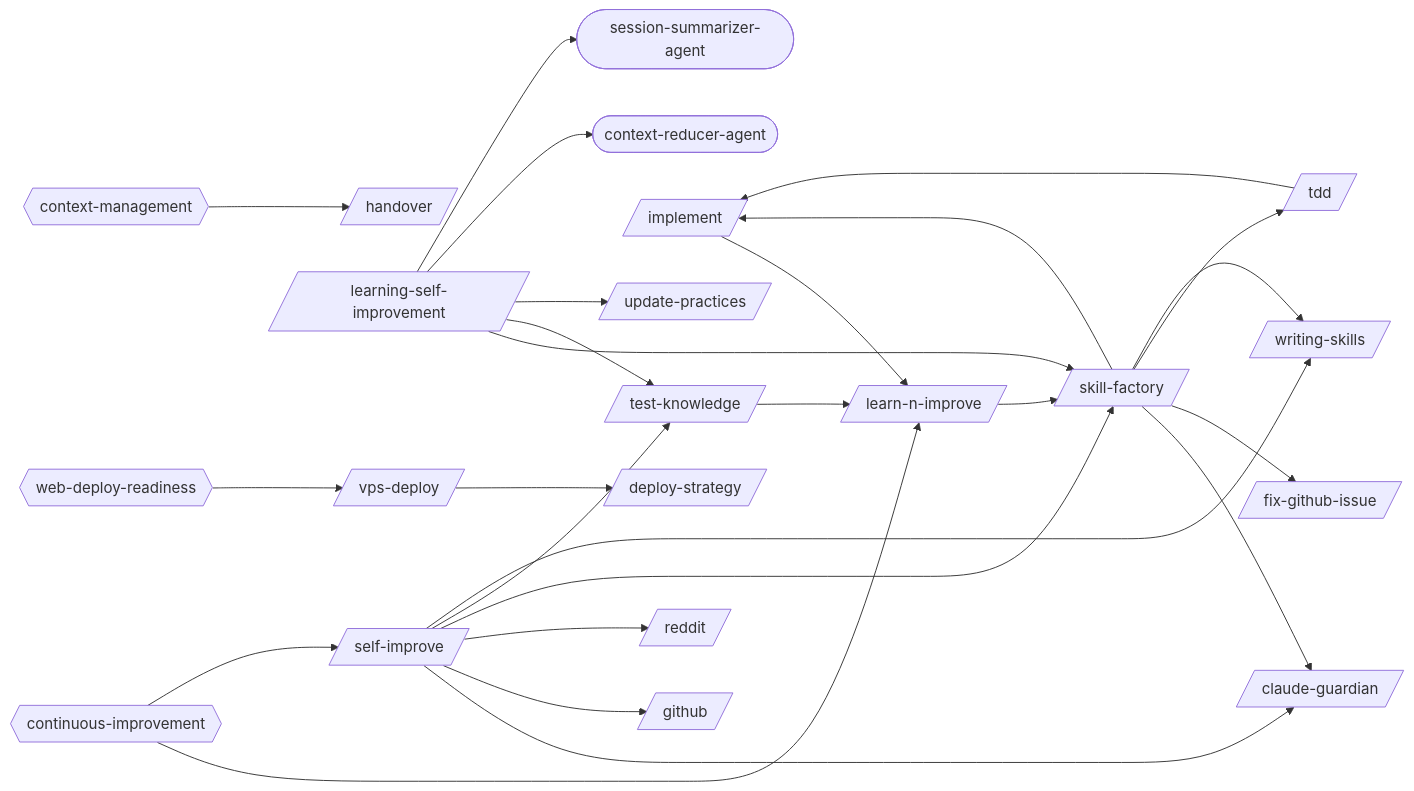
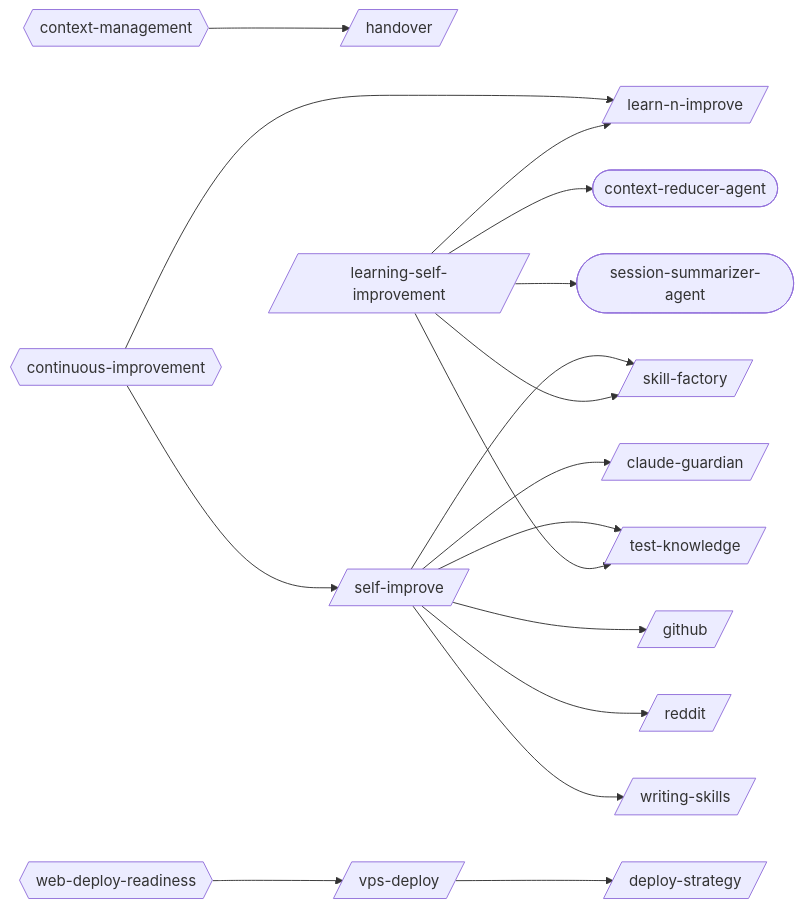
Before and after one commit to abhayla/claude-best-practices: the first of 15 diagrams in docs/workflows/learning-self-improvement.md, drawn with Mermaid. The commit also changed other lines of this file and 64 other files, not shown here.

````diff
--- a/docs/workflows/learning-self-improvement.md
+++ b/docs/workflows/learning-self-improvement.md
@@ -9,49 +9,36 @@
 ```mermaid
 graph LR
     claude_guardian[/claude-guardian/]
     deploy_strategy[/deploy-strategy/]
-    fix_github_issue[/fix-github-issue/]
     github[/github/]
     handover[/handover/]
-    implement[/implement/]
     learn_n_improve[/learn-n-improve/]
     learning_self_improvement[/learning-self-improvement/]
     reddit[/reddit/]
     self_improve[/self-improve/]
     skill_factory[/skill-factory/]
-    tdd[/tdd/]
     test_knowledge[/test-knowledge/]
-    update_practices[/update-practices/]
     vps_deploy[/vps-deploy/]
     writing_skills[/writing-skills/]
     context_reducer_agent([context-reducer-agent])
     session_summarizer_agent([session-summarizer-agent])
     context_management{{context-management}}
     continuous_improvement{{continuous-improvement}}
     web_deploy_readiness{{web-deploy-readiness}}
-    implement --> learn_n_improve
-    learn_n_improve --> skill_factory
+    learning_self_improvement --> learn_n_improve
     learning_self_improvement --> skill_factory
     learning_self_improvement --> test_knowledge
-    learning_self_improvement --> update_practices
     learning_self_improvement --> context_reducer_agent
     learning_self_improvement --> session_summarizer_agent
-    skill_factory --> claude_guardian
-    skill_factory --> fix_github_issue
-    skill_factory --> implement
-    skill_factory --> tdd
-    skill_factory --> writing_skills
-    tdd --> implement
-    test_knowledge --> learn_n_improve
     vps_deploy --> deploy_strategy
     self_improve --> claude_guardian
     self_improve --> github
     self_improve --> reddit
     self_improve --> skill_factory
     self_improve --> test_knowledge
     self_improve --> writing_skills
     context_management --> handover
     continuous_improvement --> learn_n_improve
     continuous_improvement --> self_improve
     web_deploy_readiness --> vps_deploy
 ```
````
